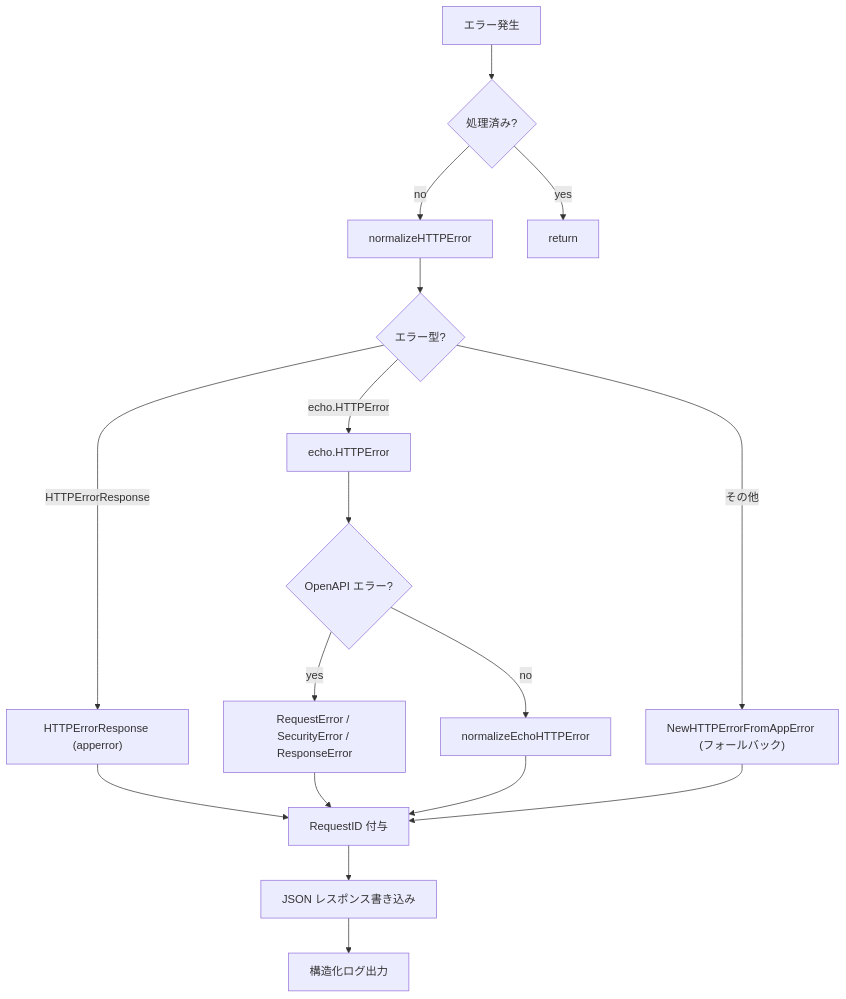
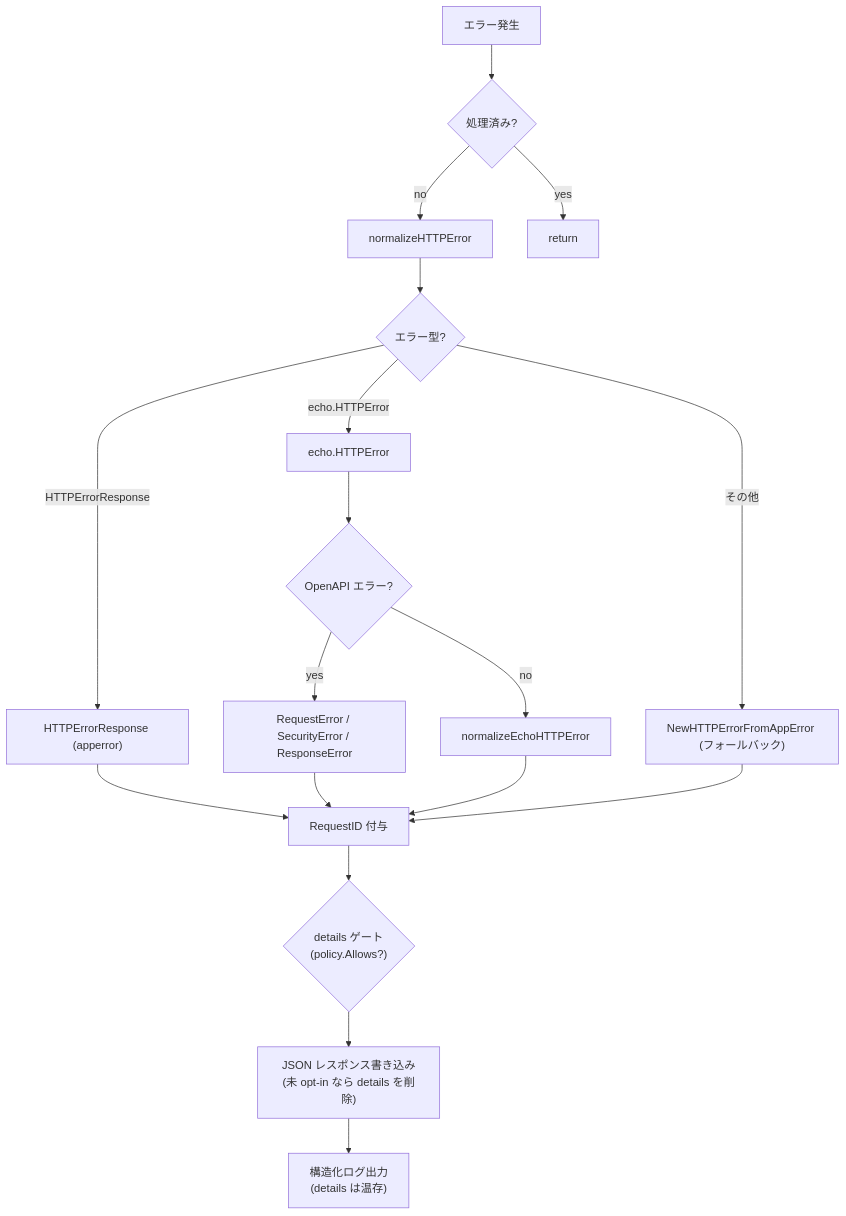
One commit to Tomy-ch/go-boilerplate changed the diagram in docs/portal/guides/ja/controller-httpstack-errorhandler.ja.md. Above: the diagram before and after it, drawn with Mermaid. The commit also changed other lines of this file and 7 other files, not shown here.

````diff
--- a/docs/portal/guides/ja/controller-httpstack-errorhandler.ja.md
+++ b/docs/portal/guides/ja/controller-httpstack-errorhandler.ja.md
@@ -9,27 +9,28 @@
 ```mermaid
 flowchart TB
     Error["エラー発生"]
     Guard{"処理済み?"}
     Normalize["normalizeHTTPError"]
     TypeCheck{"エラー型?"}
     AppErr["HTTPErrorResponse (apperror)"]
     EchoErr["echo.HTTPError"]
     OAPICheck{"OpenAPI エラー?"}
     OAPIErr["RequestError / SecurityError / ResponseError"]
     EchoNorm["normalizeEchoHTTPError"]
     Fallback["NewHTTPErrorFromAppError (フォールバック)"]
     AddReqID["RequestID 付与"]
-    Write["JSON レスポンス書き込み"]
-    Log["構造化ログ出力"]
+    Gate{"details ゲート<br/>(policy.Allows?)"}
+    Write["JSON レスポンス書き込み<br/>(未 opt-in なら details を削除)"]
+    Log["構造化ログ出力<br/>(details は温存)"]
 
     Error --> Guard
     Guard -- yes --> return
     Guard -- no --> Normalize
     Normalize --> TypeCheck
     TypeCheck -- HTTPErrorResponse --> AppErr --> AddReqID
     TypeCheck -- echo.HTTPError --> EchoErr --> OAPICheck
     OAPICheck -- yes --> OAPIErr --> AddReqID
     OAPICheck -- no --> EchoNorm --> AddReqID
     TypeCheck -- その他 --> Fallback --> AddReqID
-    AddReqID --> Write --> Log
+    AddReqID --> Gate --> Write --> Log
 ```
````
